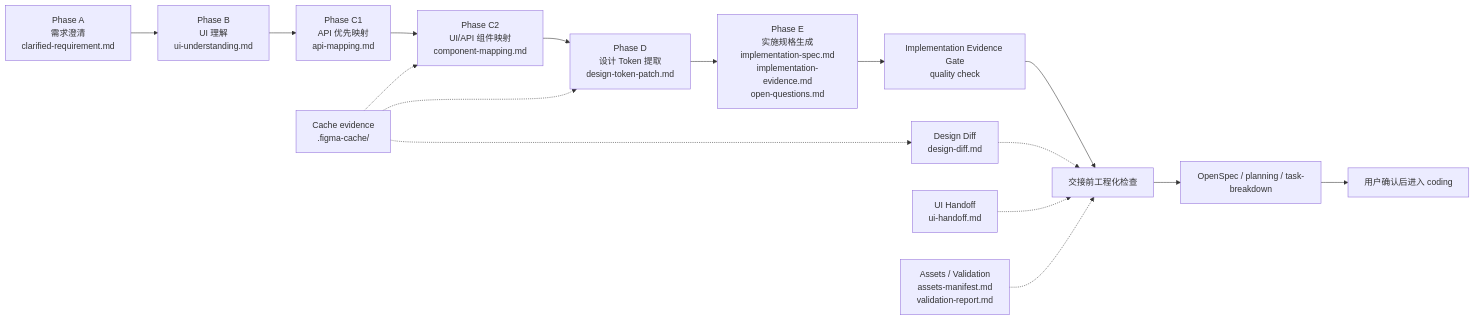
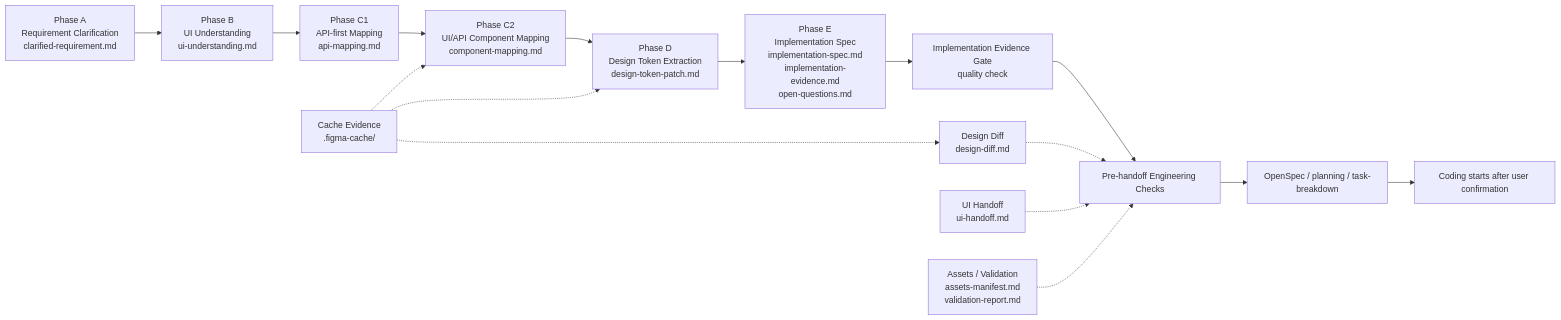
Before and after one commit to nightsu/ora-figma-skills: the diagram in README.md, drawn with Mermaid. The commit also changed other lines of this file and 1 other file, not shown here.

````diff
--- a/README.md
+++ b/README.md
@@ -11,20 +20,20 @@
 ```mermaid
 flowchart LR
-  A["Phase A<br/>需求澄清<br/>clarified-requirement.md"] --> B["Phase B<br/>UI 理解<br/>ui-understanding.md"]
-  B --> C1["Phase C1<br/>API 优先映射<br/>api-mapping.md"]
-  C1 --> C2["Phase C2<br/>UI/API 组件映射<br/>component-mapping.md"]
-  C2 --> D["Phase D<br/>设计 Token 提取<br/>design-token-patch.md"]
-  D --> E["Phase E<br/>实施规格生成<br/>implementation-spec.md<br/>implementation-evidence.md<br/>open-questions.md"]
+  A["Phase A<br/>Requirement Clarification<br/>clarified-requirement.md"] --> B["Phase B<br/>UI Understanding<br/>ui-understanding.md"]
+  B --> C1["Phase C1<br/>API-first Mapping<br/>api-mapping.md"]
+  C1 --> C2["Phase C2<br/>UI/API Component Mapping<br/>component-mapping.md"]
+  C2 --> D["Phase D<br/>Design Token Extraction<br/>design-token-patch.md"]
+  D --> E["Phase E<br/>Implementation Spec<br/>implementation-spec.md<br/>implementation-evidence.md<br/>open-questions.md"]
 
-  Cache["Cache evidence<br/>.figma-cache/"] -.-> C2
+  Cache["Cache Evidence<br/>.figma-cache/"] -.-> C2
   Cache -.-> D
   Cache -.-> Diff["Design Diff<br/>design-diff.md"]
-  Diff -.-> Gate["交接前工程化检查"]
+  Diff -.-> Gate["Pre-handoff Engineering Checks"]
   E --> EvidenceGate["Implementation Evidence Gate<br/>quality check"]
   EvidenceGate --> Gate
   UIHandoff["UI Handoff<br/>ui-handoff.md"] -.-> Gate
   Assets["Assets / Validation<br/>assets-manifest.md<br/>validation-report.md"] -.-> Gate
 
   Gate --> Planning["OpenSpec / planning / task-breakdown"]
-  Planning --> Coding["用户确认后进入 coding"]
+  Planning --> Coding["Coding starts after user confirmation"]
 ```
````
